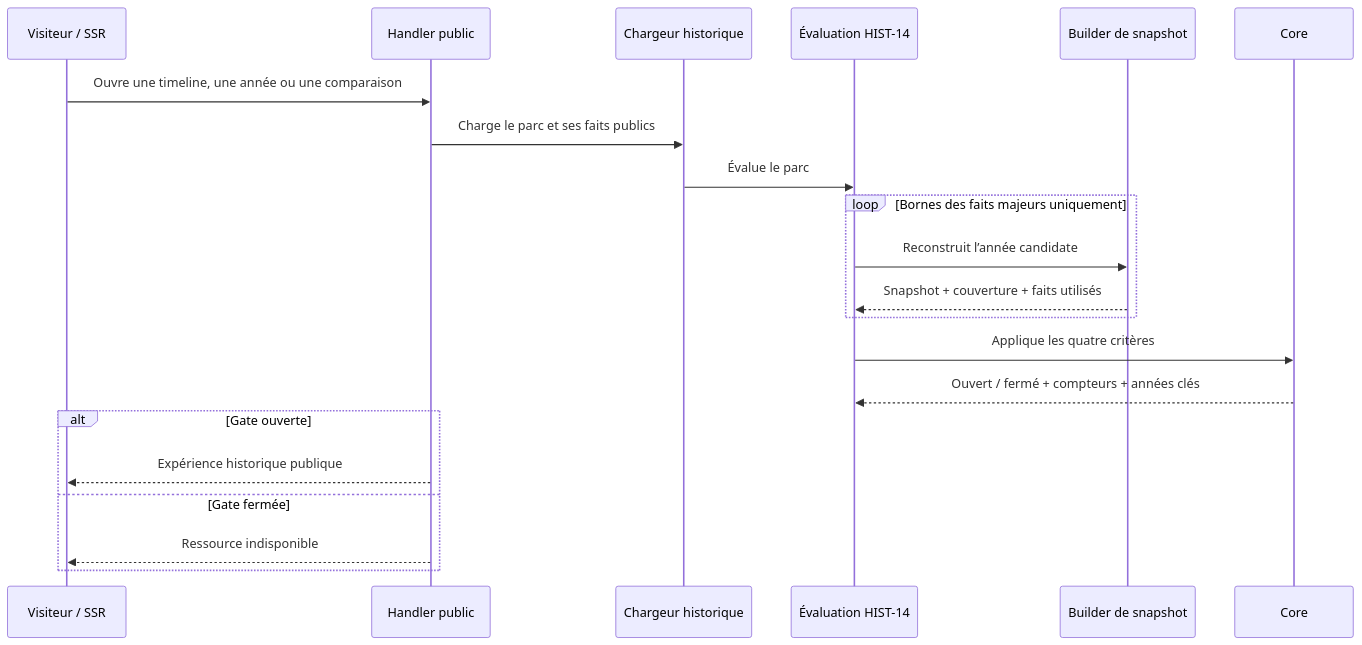
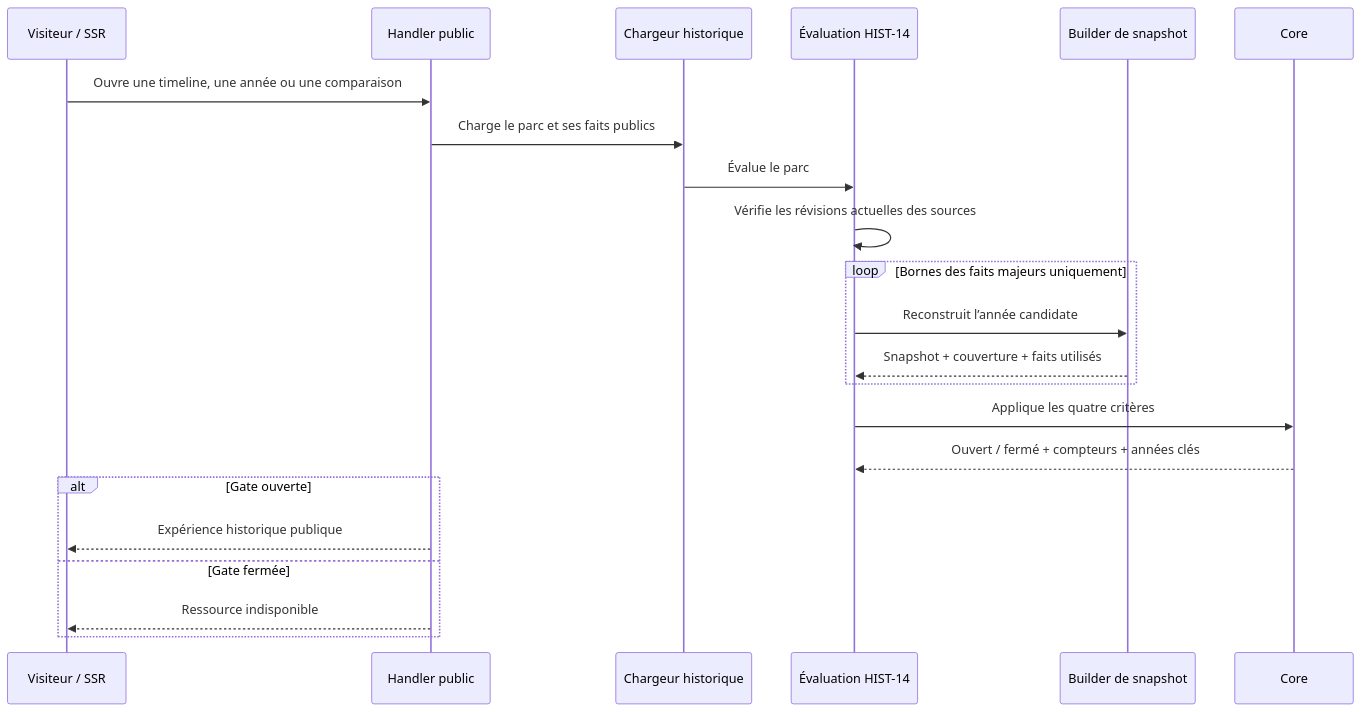
One commit to Ced59/AmusementParkProject changed the second of 2 diagrams in docs/architecture/product-growth-hist-14-park-rollout-gate-2026-09-28.md. Above: the diagram before and after it, drawn with Mermaid. The commit also changed other lines of this file and 21 other files, not shown here.

````diff
--- a/docs/architecture/product-growth-hist-14-park-rollout-gate-2026-09-28.md
+++ b/docs/architecture/product-growth-hist-14-park-rollout-gate-2026-09-28.md
@@ -54,24 +57,25 @@
 ```mermaid
 sequenceDiagram
     participant U as Visiteur / SSR
     participant H as Handler public
     participant L as Chargeur historique
     participant A as Évaluation HIST-14
     participant S as Builder de snapshot
     participant C as Core
 
     U->>H: Ouvre une timeline, une année ou une comparaison
     H->>L: Charge le parc et ses faits publics
     L->>A: Évalue le parc
+    A->>A: Vérifie les révisions actuelles des sources
     loop Bornes des faits majeurs uniquement
         A->>S: Reconstruit l’année candidate
         S-->>A: Snapshot + couverture + faits utilisés
     end
     A->>C: Applique les quatre critères
     C-->>A: Ouvert / fermé + compteurs + années clés
     alt Gate ouverte
         H-->>U: Expérience historique publique
     else Gate fermée
         H-->>U: Ressource indisponible
     end
 ```
````
